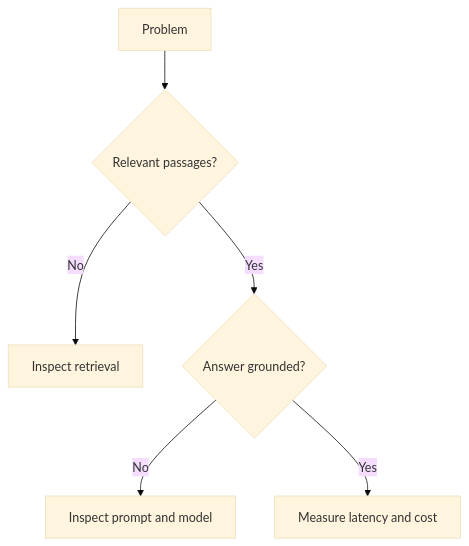
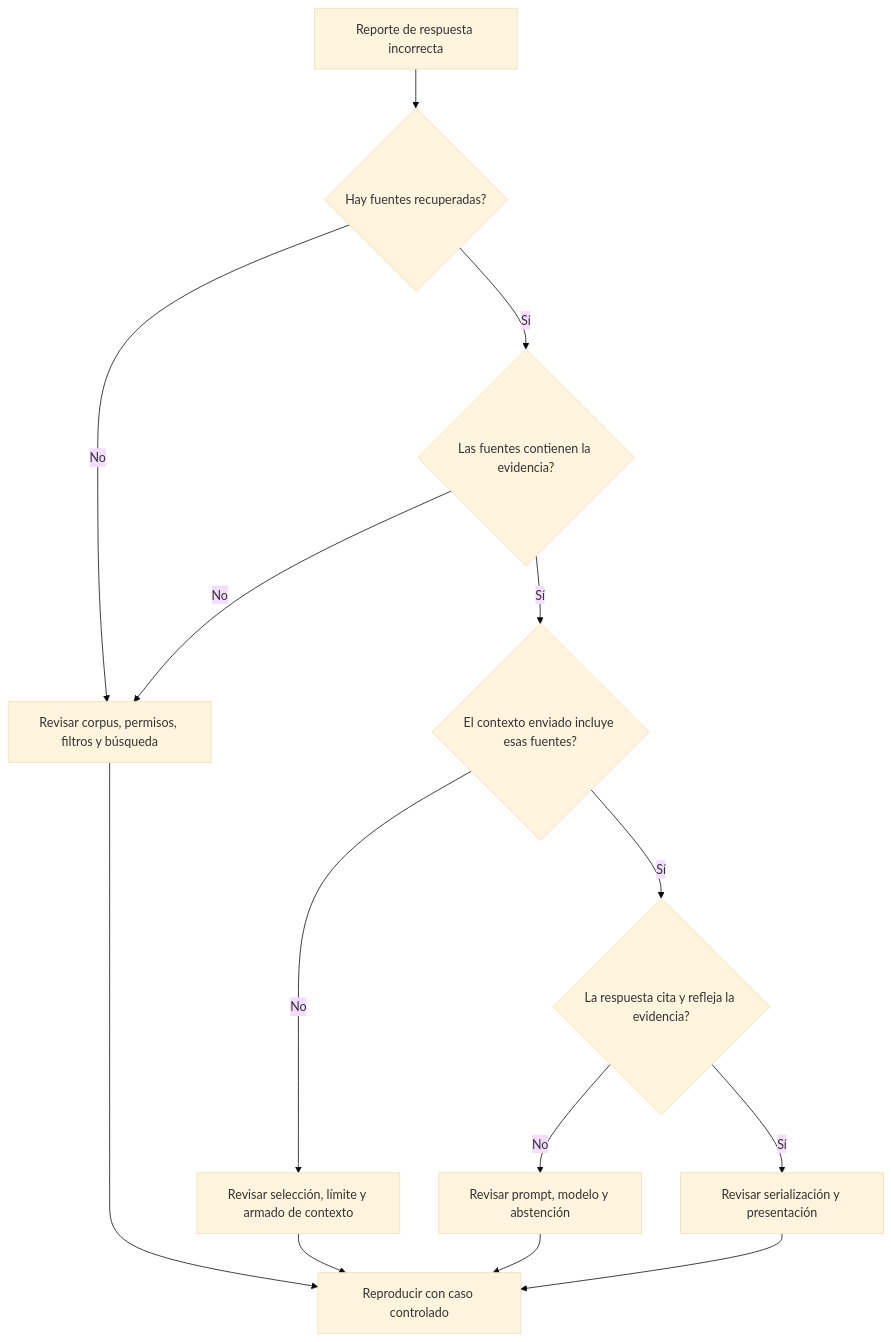
Before and after one commit to fdbiondi/rag-from-zero-to-scale: the diagram in ESPAÑOL/book-es-cap20.md, drawn with Mermaid (base theme). The commit also changed other lines of this file and 1 other file, not shown here.

````diff
--- a/ESPAÑOL/book-es-cap20.md
+++ b/ESPAÑOL/book-es-cap20.md
@@ -56,8 +49,16 @@
 ```mermaid
 flowchart TD
- A[Problem] --> B{Relevant passages?}
- B -->|No| C[Inspect retrieval]
- B -->|Yes| D{Answer grounded?}
- D -->|No| E[Inspect prompt and model]
- D -->|Yes| F[Measure latency and cost]
+  A[Reporte de respuesta incorrecta] --> B{Hay fuentes recuperadas?}
+  B -->|No| C[Revisar corpus, permisos, filtros y búsqueda]
+  B -->|Sí| D{Las fuentes contienen la evidencia?}
+  D -->|No| C
+  D -->|Sí| E{El contexto enviado incluye esas fuentes?}
+  E -->|No| F[Revisar selección, límite y armado de contexto]
+  E -->|Sí| G{La respuesta cita y refleja la evidencia?}
+  G -->|No| H[Revisar prompt, modelo y abstención]
+  G -->|Sí| I[Revisar serialización y presentación]
+  C --> J[Reproducir con caso controlado]
+  F --> J
+  H --> J
+  I --> J
 ```
````
